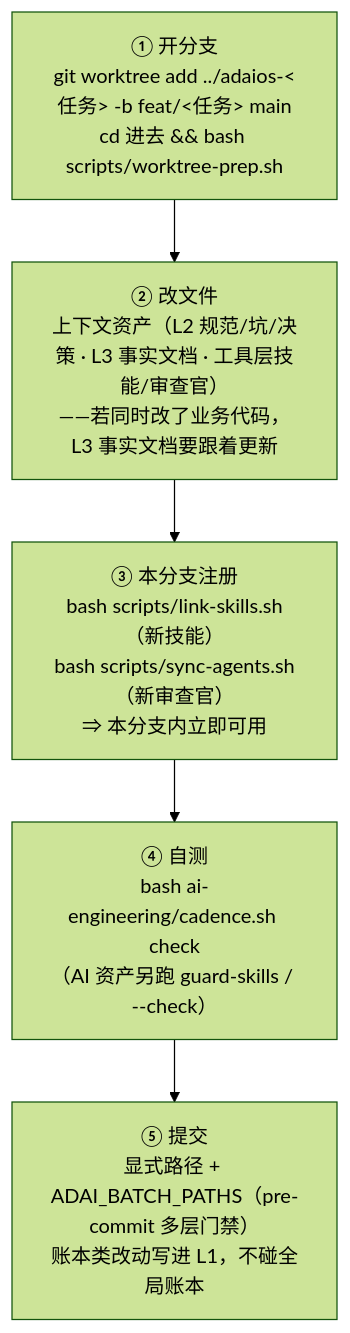
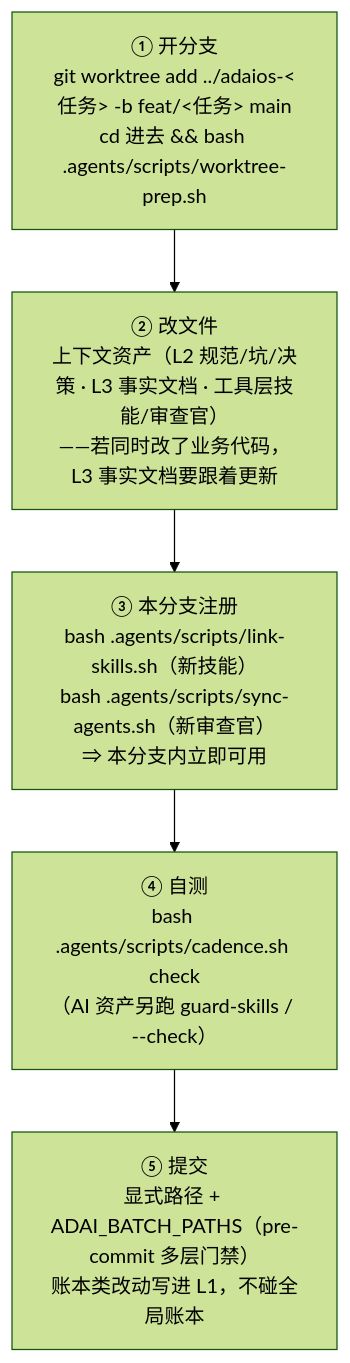
The fourth of 7 diagrams in docs/architecture/ai-context-engineering.md (adaios/adaios), drawn with Mermaid (forest theme) before and after one commit. The commit also changed other lines of this file and 220 other files, not shown here.

First line of the commit message:
refactor(agents): ai-engineering/ 整体迁入 .agents/ —— 目标形态 AGENTS.md + .agents/

````diff
--- a/docs/architecture/ai-context-engineering.md
+++ b/docs/architecture/ai-context-engineering.md
@@ -174,7 +174,7 @@
 ```mermaid
 flowchart TD
-    A["① 开分支<br/>git worktree add ../adaios-&lt;任务&gt; -b feat/&lt;任务&gt; main<br/>cd 进去 && bash scripts/worktree-prep.sh"] --> B["② 改文件<br/>上下文资产（L2 规范/坑/决策 · L3 事实文档 · 工具层技能/审查官）<br/>——若同时改了业务代码，L3 事实文档要跟着更新"]
-    B --> C["③ 本分支注册<br/>bash scripts/link-skills.sh（新技能）<br/>bash scripts/sync-agents.sh（新审查官）<br/>⇒ 本分支内立即可用"]
-    C --> D["④ 自测<br/>bash ai-engineering/cadence.sh check<br/>（AI 资产另跑 guard-skills / --check）"]
+    A["① 开分支<br/>git worktree add ../adaios-&lt;任务&gt; -b feat/&lt;任务&gt; main<br/>cd 进去 && bash .agents/scripts/worktree-prep.sh"] --> B["② 改文件<br/>上下文资产（L2 规范/坑/决策 · L3 事实文档 · 工具层技能/审查官）<br/>——若同时改了业务代码，L3 事实文档要跟着更新"]
+    B --> C["③ 本分支注册<br/>bash .agents/scripts/link-skills.sh（新技能）<br/>bash .agents/scripts/sync-agents.sh（新审查官）<br/>⇒ 本分支内立即可用"]
+    C --> D["④ 自测<br/>bash .agents/scripts/cadence.sh check<br/>（AI 资产另跑 guard-skills / --check）"]
     D --> E["⑤ 提交<br/>显式路径 + ADAI_BATCH_PATHS（pre-commit 多层门禁）<br/>账本类改动写进 L1，不碰全局账本"]
 ```
````
